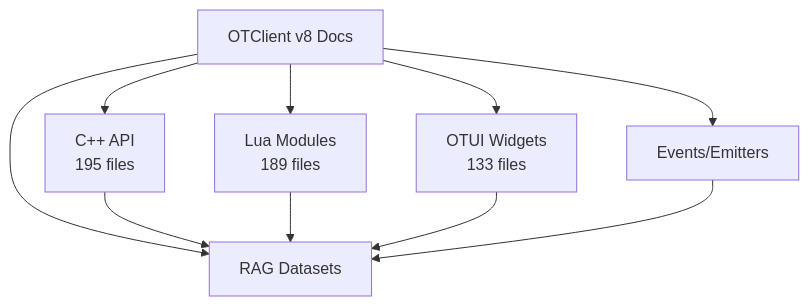
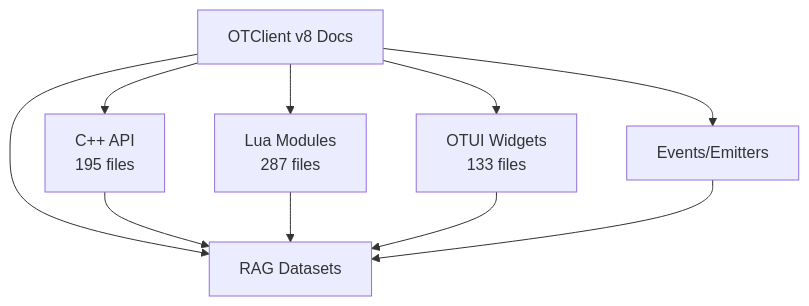
Before and after one commit to lukaszj321/otcv8-dev: the diagram in docs/reposzablony/analytics/overview.mmd, drawn with Mermaid. The commit also changed 16 other files, not shown here.

```diff
--- a/docs/reposzablony/analytics/overview.mmd
+++ b/docs/reposzablony/analytics/overview.mmd
@@ -1,18 +1,18 @@
 graph TD
     Root[OTClient v8 Docs]
     API[C++ API<br/>195 files]
-    Lua[Lua Modules<br/>189 files]
+    Lua[Lua Modules<br/>287 files]
     UI[OTUI Widgets<br/>133 files]
     Events[Events/Emitters]
     Datasets[RAG Datasets]
     
     Root --> API
     Root --> Lua
     Root --> UI
     Root --> Events
     Root --> Datasets
     
     API --> Datasets
     Lua --> Datasets
     UI --> Datasets
     Events --> Datasets
```
